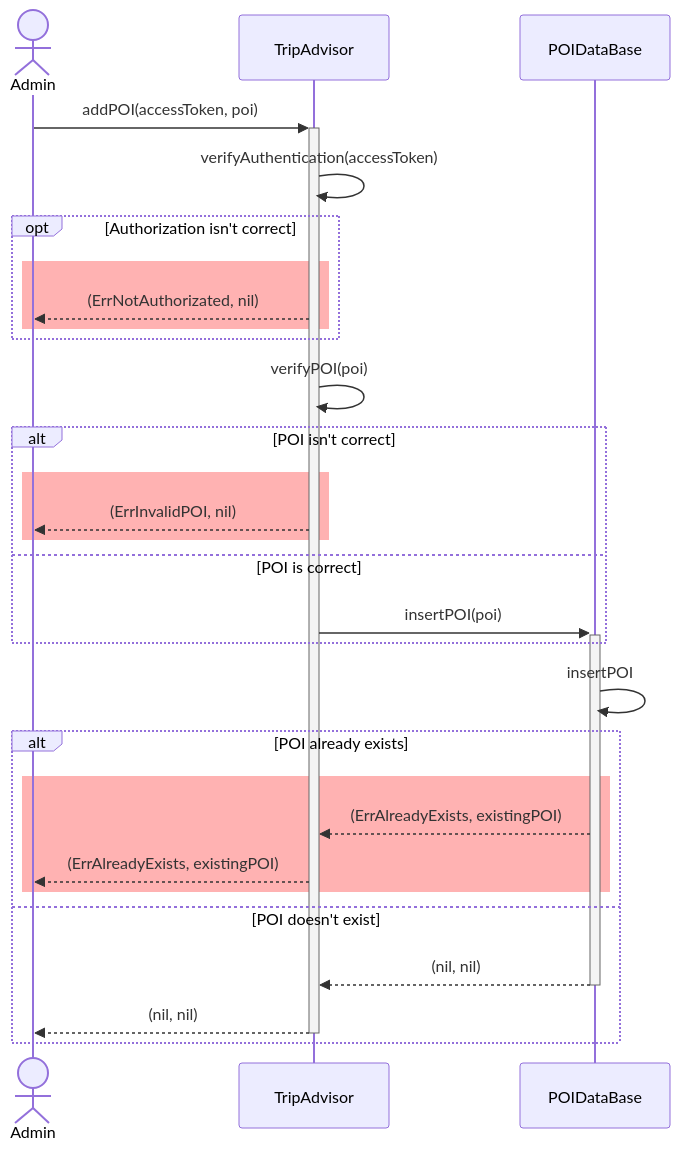
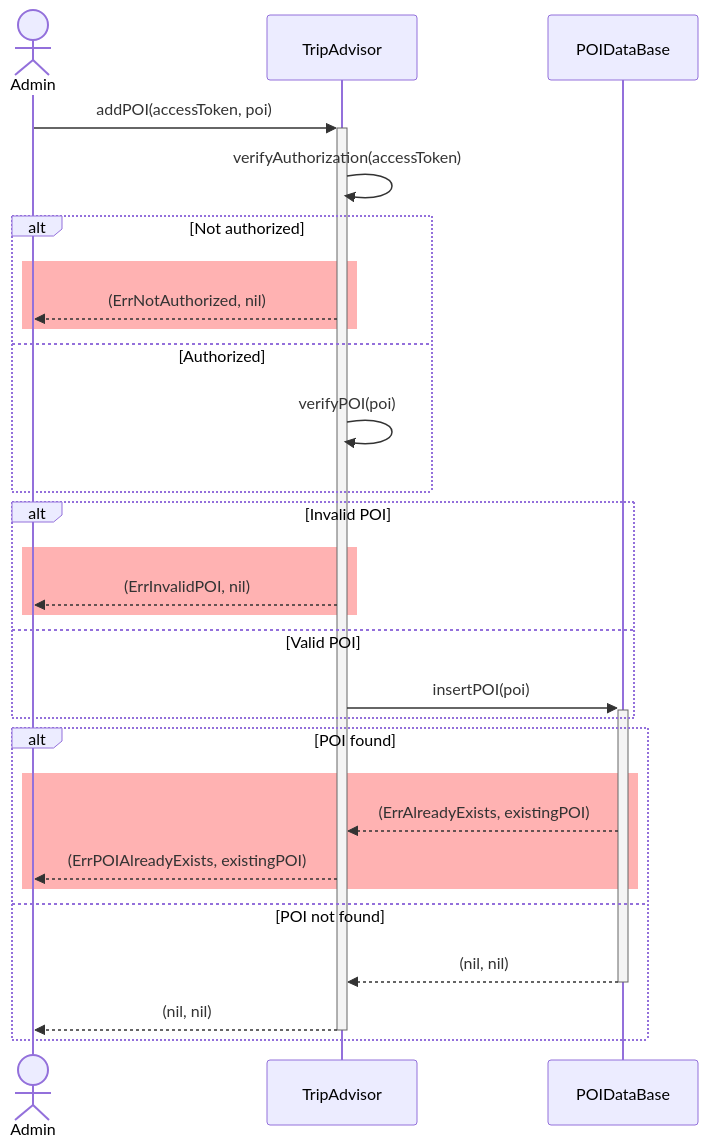
The diagram in uml/src/add_poi.mmd (d-kv/backend-travel-app), drawn with Mermaid before and after one commit. The commit also changed 9 other files, not shown here.

```diff
--- a/uml/src/add_poi.mmd
+++ b/uml/src/add_poi.mmd
@@ -1,37 +1,36 @@
 %% @backgroundColor(Gray)
+
 sequenceDiagram
 	actor Admin as Admin
 	participant Trip as TripAdvisor
 	participant DB as POIDataBase
 
 	Admin->>+Trip: addPOI(accessToken, poi)
 
-		Trip->>Trip: verifyAuthentication(accessToken)
-		opt Authorization isn't correct
+		Trip->>Trip: verifyAuthorization(accessToken)
+		alt Not authorized
 			rect rgba(255, 0, 0, 0.3)
-				Trip-->>Admin: (ErrNotAuthorizated, nil)
+				Trip-->>Admin: (ErrNotAuthorized, nil)
 			end
+		else Authorized
+			Trip->>Trip: verifyPOI(poi)
 		end
 
-
-
-		Trip->>Trip: verifyPOI(poi)
-		alt POI isn't correct
+		alt Invalid POI
 			rect rgba(255, 0, 0, 0.3)
 				Trip-->>Admin: (ErrInvalidPOI, nil)
 			end
 
-		else POI is correct
+		else Valid POI
 			Trip->>+DB: insertPOI(poi)
 		end
 
-		DB->>DB: insertPOI
-		alt POI already exists
+		alt POI found
 			rect rgba(255, 0, 0, 0.3)
 				DB-->>Trip: (ErrAlreadyExists, existingPOI)
-				Trip-->>Admin: (ErrAlreadyExists, existingPOI)
+				Trip-->>Admin: (ErrPOIAlreadyExists, existingPOI)
 			end
-		else POI doesn't exist
+		else POI not found
 			DB-->>-Trip: (nil, nil)
 			Trip-->>-Admin: (nil, nil)
 		end
```
